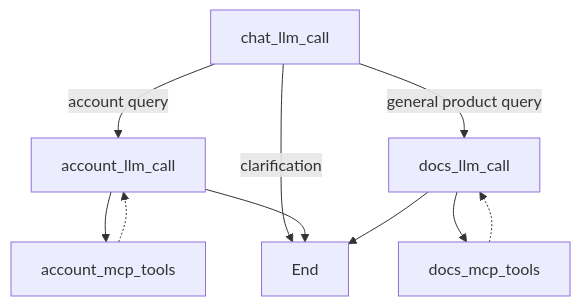
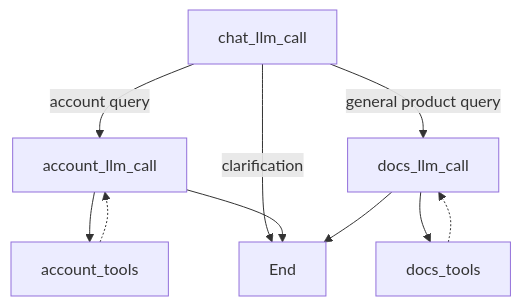
The third of 4 diagrams in docs/architecture.md (vikrantjain/nobious_chatbot), drawn with Mermaid before and after one commit. The commit also changed other lines of this file, not shown here.

Commit message:
removed mcp from architecture

````diff
--- a/docs/architecture.md
+++ b/docs/architecture.md
@@ -91,18 +91,18 @@
 ```mermaid
 flowchart TD
 chat_llm_call
 account_llm_call
 docs_llm_call
-account_mcp_tools
-docs_mcp_tools
+account_tools
+docs_tools
 End
 chat_llm_call -->|account query| account_llm_call
 chat_llm_call --> |general product query|docs_llm_call
 chat_llm_call --> |clarification|End
-account_llm_call --> account_mcp_tools
-account_mcp_tools -.-> account_llm_call
-docs_llm_call --> docs_mcp_tools
-docs_mcp_tools -.-> docs_llm_call
+account_llm_call --> account_tools
+account_tools -.-> account_llm_call
+docs_llm_call --> docs_tools
+docs_tools -.-> docs_llm_call
 account_llm_call --> End
 docs_llm_call --> End
 ```
````
